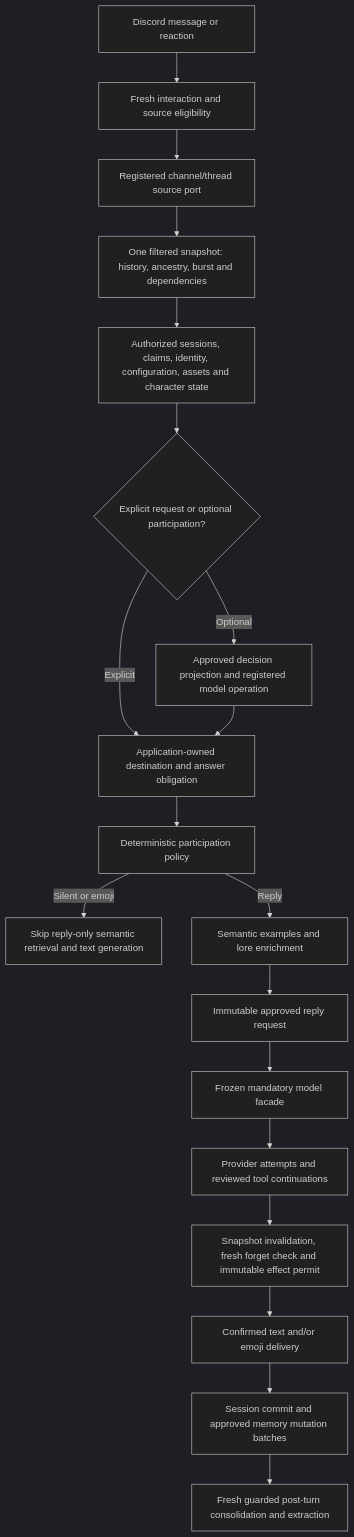
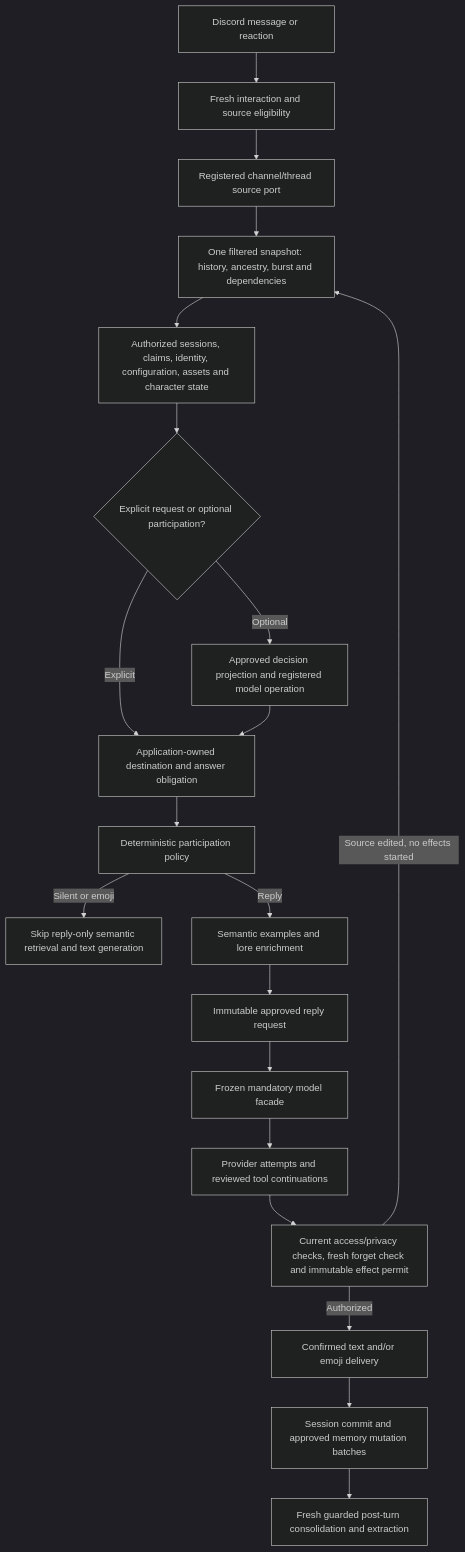
Before and after one commit to Garruvex/smilodon-discord-bot: the diagram in docs/chat-context-final-audit-2026-10-22.md, drawn with Mermaid (dark theme). The commit also changed other lines of this file and 23 other files, not shown here.

Commit message:
Narrow reply cancellation to current policy and refresh edited evidence

````diff
--- a/docs/chat-context-final-audit-2026-10-22.md
+++ b/docs/chat-context-final-audit-2026-10-22.md
@@ -29,21 +31,22 @@
 ```mermaid
 flowchart TD
   A[Discord message or reaction] --> B[Fresh interaction and source eligibility]
   B --> C[Registered channel/thread source port]
   C --> D[One filtered snapshot: history, ancestry, burst and dependencies]
   D --> E[Authorized sessions, claims, identity, configuration, assets and character state]
   E --> F{Explicit request or optional participation?}
   F -->|Explicit| H[Application-owned destination and answer obligation]
   F -->|Optional| G[Approved decision projection and registered model operation]
   G --> H
   H --> I[Deterministic participation policy]
   I -->|Silent or emoji| Q[Skip reply-only semantic retrieval and text generation]
   I -->|Reply| R[Semantic examples and lore enrichment]
   R --> J[Immutable approved reply request]
   J --> K[Frozen mandatory model facade]
   K --> L[Provider attempts and reviewed tool continuations]
-  L --> M[Snapshot invalidation, fresh forget check and immutable effect permit]
-  M --> N[Confirmed text and/or emoji delivery]
+  L --> M[Current access/privacy checks, fresh forget check and immutable effect permit]
+  M -->|Authorized| N[Confirmed text and/or emoji delivery]
+  M -->|Source edited, no effects started| D
   N --> O[Session commit and approved memory mutation batches]
   O --> P[Fresh guarded post-turn consolidation and extraction]
 ```
````
